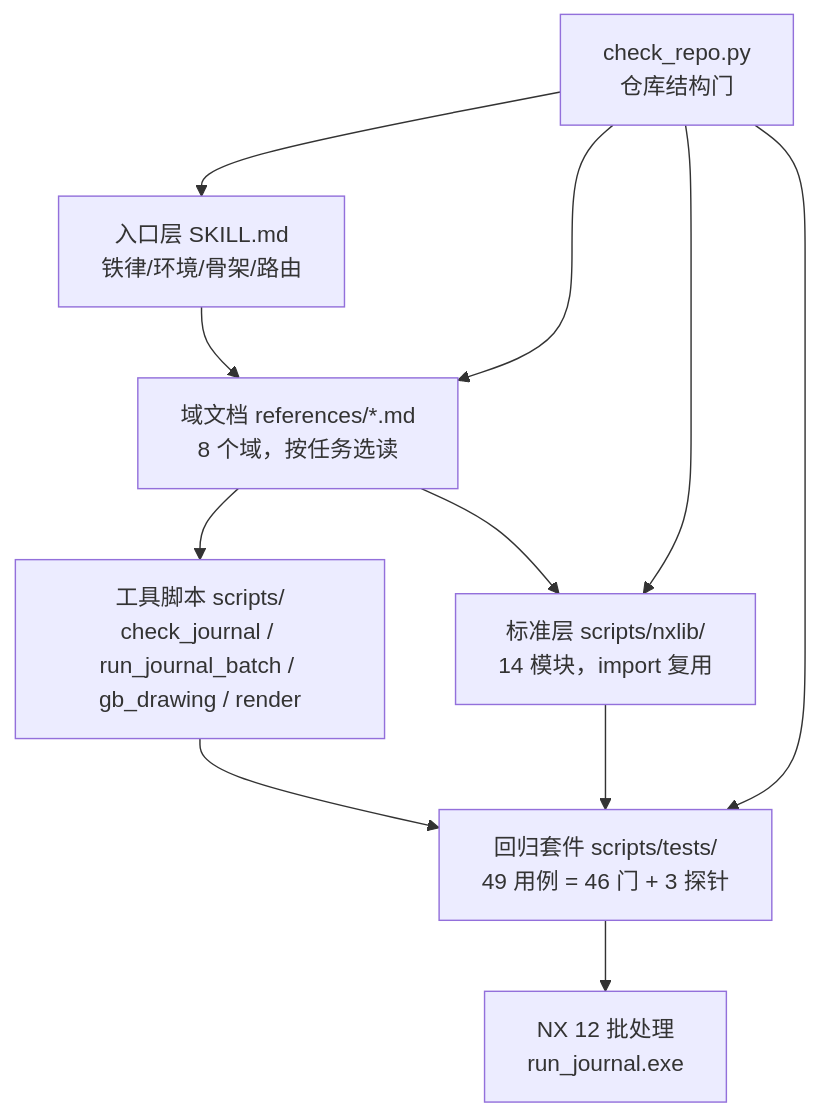
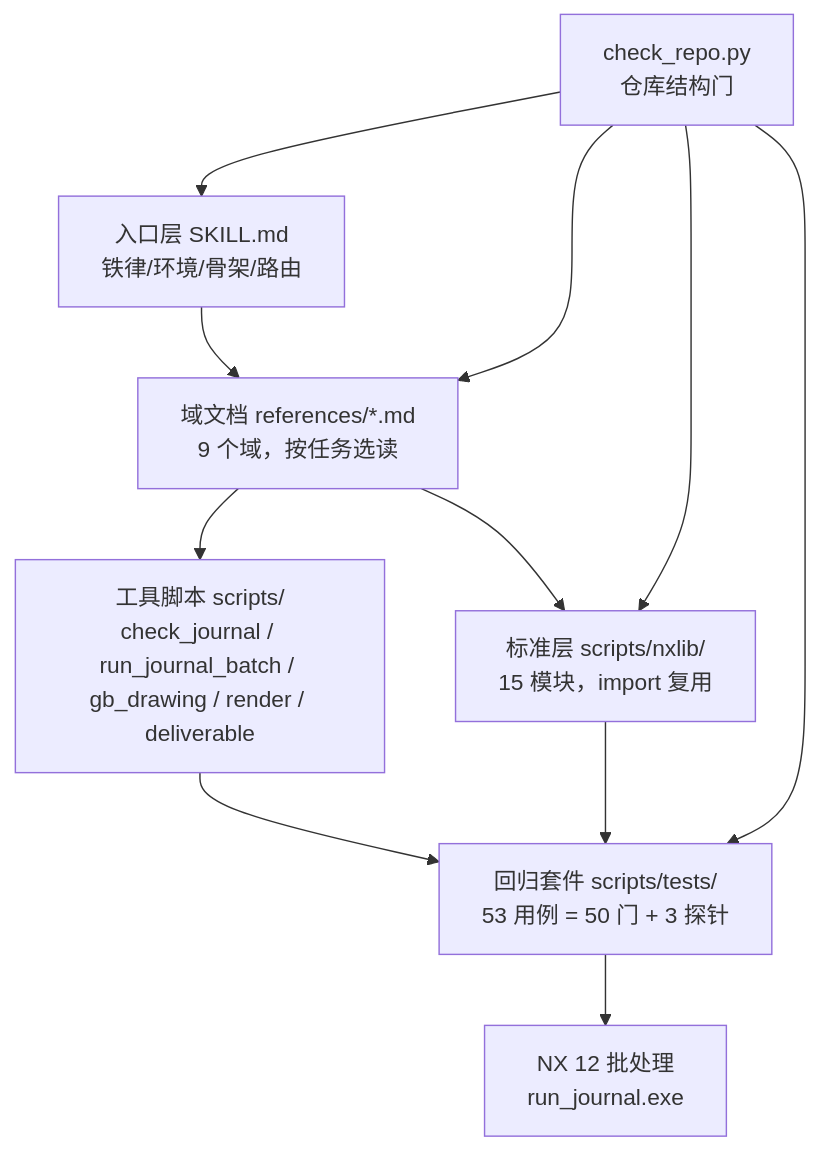
One commit to EVOL233awa/nxopen-journal changed the diagram in docs/wiki/01-architecture.md. Above: the diagram before and after it, drawn with Mermaid. The commit also changed other lines of this file and 27 other files, not shown here.

````diff
--- a/docs/wiki/01-architecture.md
+++ b/docs/wiki/01-architecture.md
@@ -9,13 +9,13 @@
 ```mermaid
 graph TD
-  A["入口层 SKILL.md<br>铁律/环境/骨架/路由"] --> B["域文档 references/*.md<br>8 个域，按任务选读"]
-  B --> C["工具脚本 scripts/<br>check_journal / run_journal_batch / gb_drawing / render"]
-  B --> D["标准层 scripts/nxlib/<br>14 模块，import 复用"]
-  C --> E["回归套件 scripts/tests/<br>49 用例 = 46 门 + 3 探针"]
+  A["入口层 SKILL.md<br>铁律/环境/骨架/路由"] --> B["域文档 references/*.md<br>9 个域，按任务选读"]
+  B --> C["工具脚本 scripts/<br>check_journal / run_journal_batch / gb_drawing / render / deliverable"]
+  B --> D["标准层 scripts/nxlib/<br>15 模块，import 复用"]
+  C --> E["回归套件 scripts/tests/<br>53 用例 = 50 门 + 3 探针"]
   D --> E
   E --> F["NX 12 批处理<br>run_journal.exe"]
   G["check_repo.py<br>仓库结构门"] --> A
   G --> B
   G --> D
   G --> E
 ```
````
